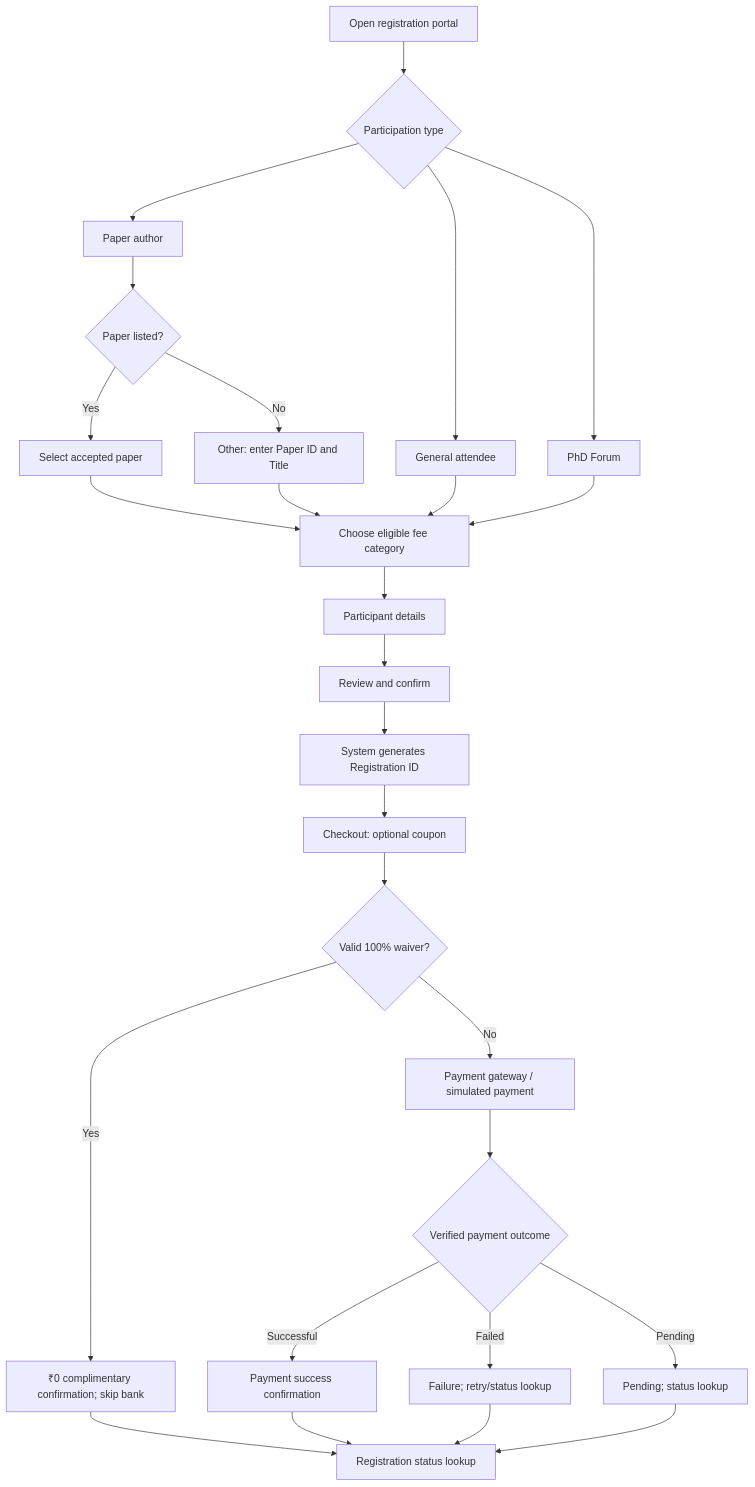
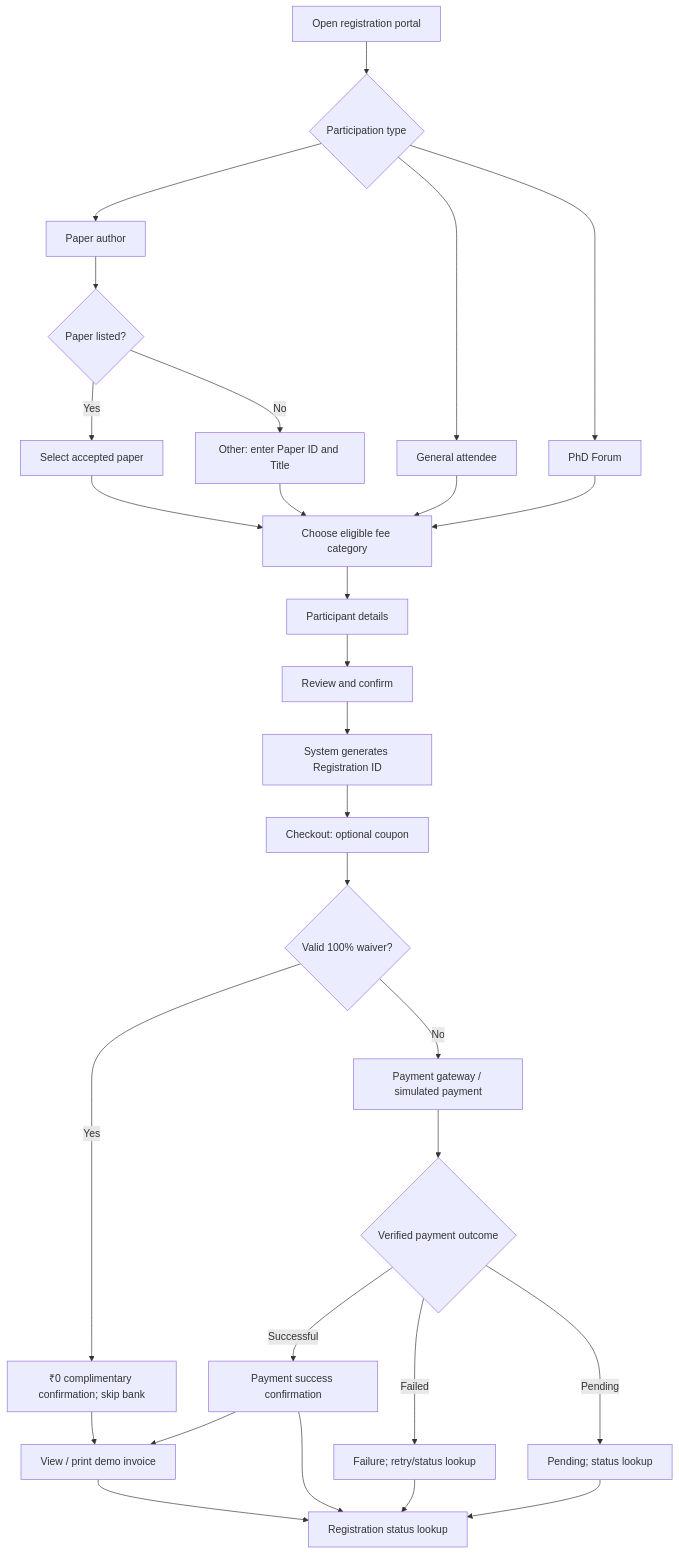
Before and after one commit to Siddy1992/asianhost-2026-registration-demo: the diagram in README.md, drawn with Mermaid. The commit also changed other lines of this file and 4 other files, not shown here.

````diff
--- a/README.md
+++ b/README.md
@@ -66,29 +69,31 @@
 ```mermaid
 flowchart TD
     A[Open registration portal] --> B{Participation type}
     B --> C[Paper author]
     B --> D[General attendee]
     B --> E[PhD Forum]
     C --> F{Paper listed?}
     F -->|Yes| G[Select accepted paper]
     F -->|No| H[Other: enter Paper ID and Title]
     G --> I[Choose eligible fee category]
     H --> I
     D --> I
     E --> I
     I --> J[Participant details]
     J --> K[Review and confirm]
     K --> L[System generates Registration ID]
     L --> M[Checkout: optional coupon]
     M --> N{Valid 100% waiver?}
     N -->|Yes| O[₹0 complimentary confirmation; skip bank]
     N -->|No| P[Payment gateway / simulated payment]
     P --> Q{Verified payment outcome}
     Q -->|Successful| R[Payment success confirmation]
     Q -->|Failed| S[Failure; retry/status lookup]
     Q -->|Pending| T[Pending; status lookup]
-    O --> U[Registration status lookup]
+    O --> V[View / print demo invoice]
+    R --> V
+    V --> U[Registration status lookup]
     R --> U
     S --> U
     T --> U
 ```
````
